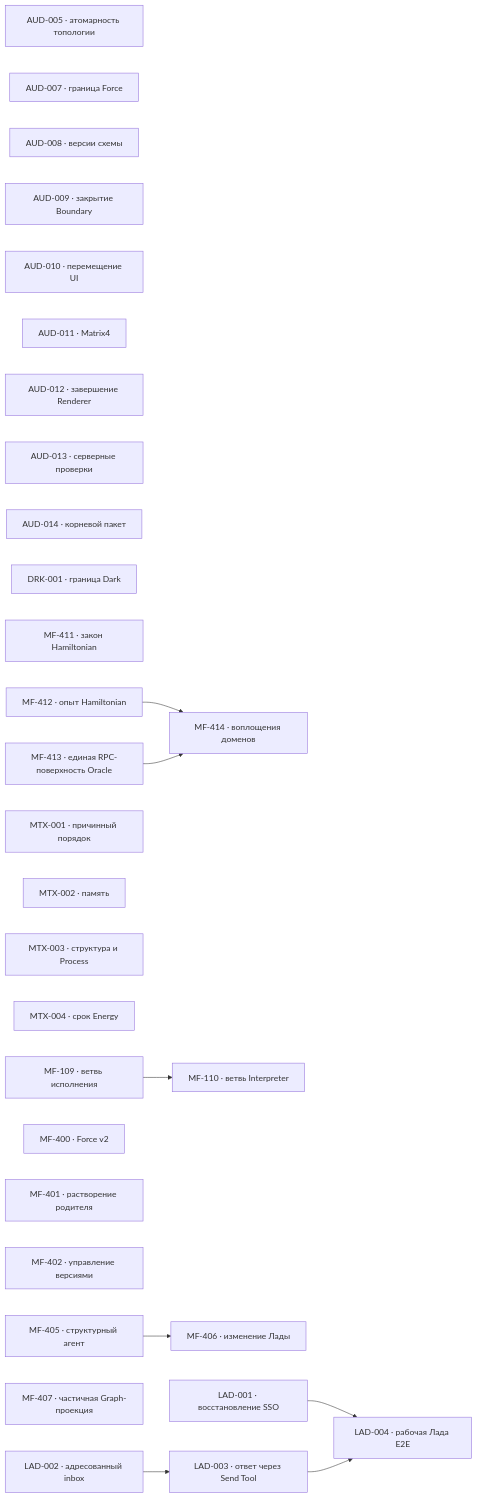
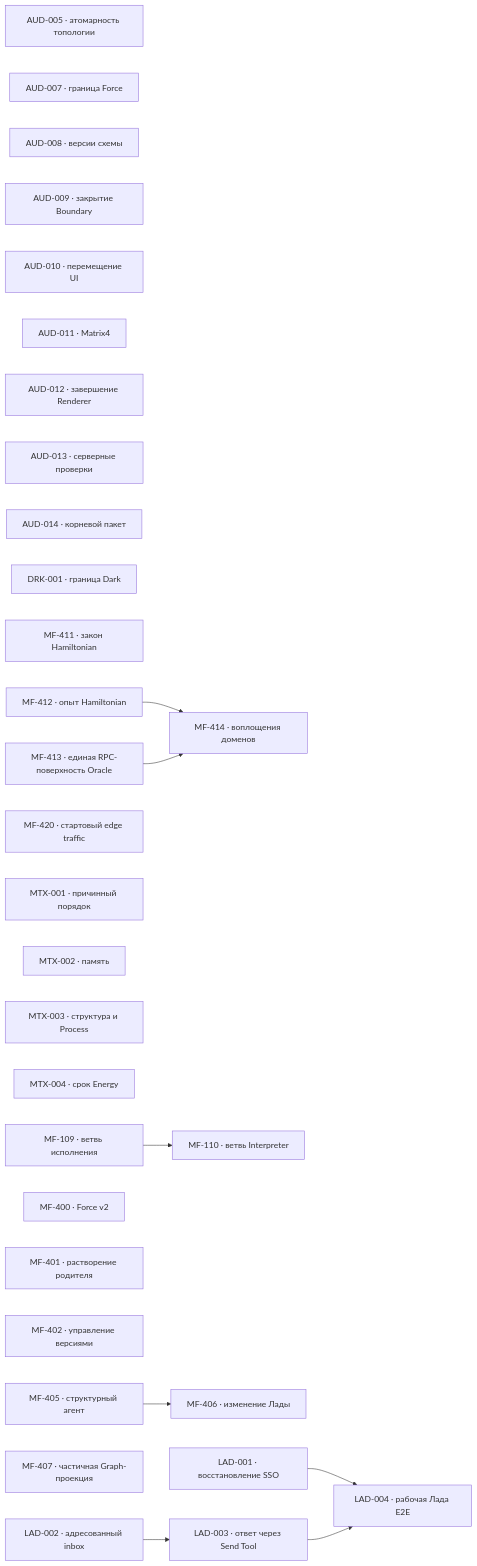
The first of 2 diagrams in project/TODO.md (zavx0z/metafor), drawn with Mermaid before and after one commit. The commit also changed other lines of this file and 5 other files, not shown here.

Commit message:
fix(hamiltonian): present startup edge traffic

````diff
--- a/project/TODO.md
+++ b/project/TODO.md
@@ -13,40 +13,41 @@
 ```mermaid
 flowchart LR
     AUD005["AUD-005 · атомарность топологии"]
     AUD007["AUD-007 · граница Force"]
     AUD008["AUD-008 · версии схемы"]
     AUD009["AUD-009 · закрытие Boundary"]
     AUD010["AUD-010 · перемещение UI"]
     AUD011["AUD-011 · Matrix4"]
     AUD012["AUD-012 · завершение Renderer"]
     AUD013["AUD-013 · серверные проверки"]
     AUD014["AUD-014 · корневой пакет"]
     DRK001["DRK-001 · граница Dark"]
     MF411["MF-411 · закон Hamiltonian"]
     MF412["MF-412 · опыт Hamiltonian"]
     MF413["MF-413 · единая RPC-поверхность Oracle"]
     MF414["MF-414 · воплощения доменов"]
+    MF420["MF-420 · стартовый edge traffic"]
     MTX001["MTX-001 · причинный порядок"]
     MTX002["MTX-002 · память"]
     MTX003["MTX-003 · структура и Process"]
     MTX004["MTX-004 · срок Energy"]
     MF109["MF-109 · ветвь исполнения"]
     MF110["MF-110 · ветвь Interpreter"]
     MF400["MF-400 · Force v2"]
     MF401["MF-401 · растворение родителя"]
     MF402["MF-402 · управление версиями"]
     MF405["MF-405 · структурный агент"]
     MF406["MF-406 · изменение Лады"]
     MF407["MF-407 · частичная Graph-проекция"]
     LAD001["LAD-001 · восстановление SSO"]
     LAD002["LAD-002 · адресованный inbox"]
     LAD003["LAD-003 · ответ через Send Tool"]
     LAD004["LAD-004 · рабочая Лада E2E"]
     MF109 --> MF110
     MF405 --> MF406
     MF412 --> MF414
     MF413 --> MF414
     LAD002 --> LAD003
     LAD001 --> LAD004
     LAD003 --> LAD004
 ```
````
